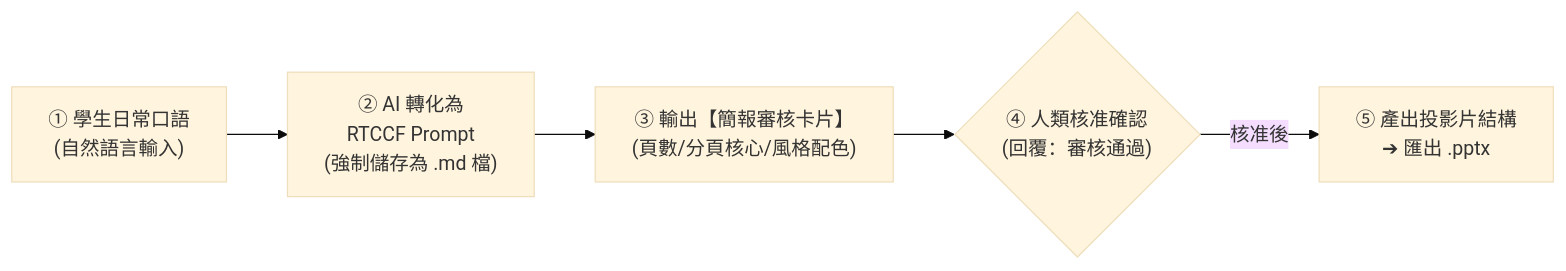
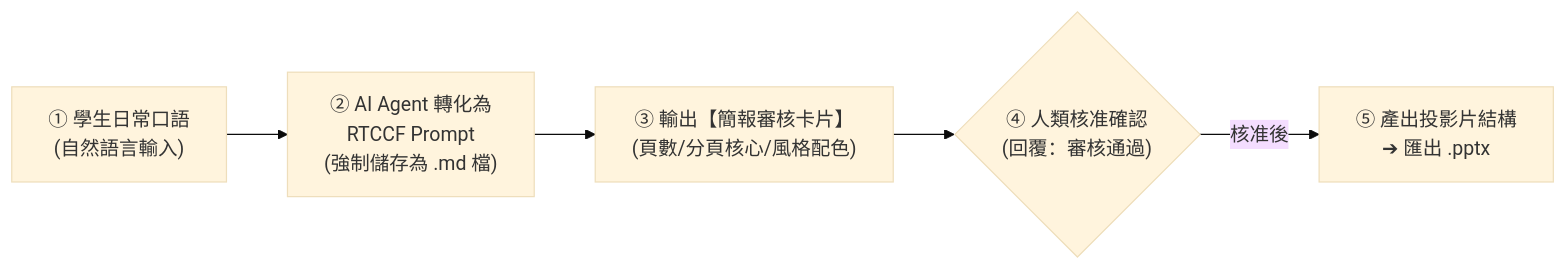
The diagram in 常見的AI應用/辦公室全能應用/簡報的生成/README.md (roberthsu2003/workflow-productivity), drawn with Mermaid (base theme) before and after one commit. The commit also changed other lines of this file and 3 other files, not shown here.

````diff
--- a/常見的AI應用/辦公室全能應用/簡報的生成/README.md
+++ b/常見的AI應用/辦公室全能應用/簡報的生成/README.md
@@ -10,7 +10,7 @@
 ```mermaid
 flowchart LR
-    A["① 學生日常口語\n(自然語言輸入)"] --> B["② AI 轉化為\nRTCCF Prompt\n(強制儲存為 .md 檔)"]
+    A["① 學生日常口語\n(自然語言輸入)"] --> B["② AI Agent 轉化為\nRTCCF Prompt\n(強制儲存為 .md 檔)"]
     B --> C["③ 輸出【簡報審核卡片】\n(頁數/分頁核心/風格配色)"]
     C --> D{"④ 人類核准確認\n(回覆：審核通過)"}
     D -->|核准後| E["⑤ 產出投影片結構\n➔ 匯出 .pptx"]
 ```
````
